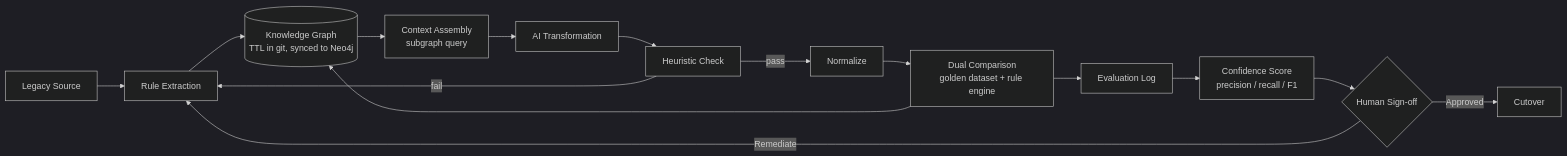
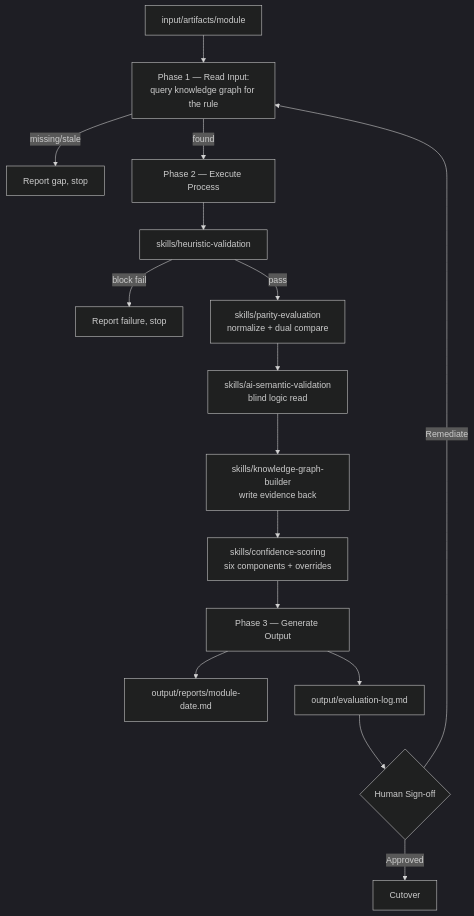
The diagram in README.md (MAY2704/parity_check), drawn with Mermaid (dark theme) before and after one commit. The commit also changed other lines of this file and 42 other files, not shown here.

````diff
--- a/README.md
+++ b/README.md
@@ -7,17 +7,18 @@
 ```mermaid
-flowchart LR
-    A[Legacy Source] --> B[Rule Extraction]
-    B --> C[(Knowledge Graph<br/>TTL in git, synced to Neo4j)]
-    C --> D[Context Assembly<br/>subgraph query]
-    D --> E[AI Transformation]
-    E --> F[Heuristic Check]
-    F -->|fail| B
-    F -->|pass| G[Normalize]
-    G --> H[Dual Comparison<br/>golden dataset + rule engine]
-    H --> C
-    H --> I[Evaluation Log]
-    I --> J[Confidence Score<br/>precision / recall / F1]
-    J --> K{Human Sign-off}
-    K -->|Approved| L[Cutover]
-    K -->|Remediate| B
+flowchart TD
+    A[input/artifacts/module] --> B["Phase 1 — Read Input:<br/>query knowledge graph for the rule"]
+    B -->|missing/stale| STOP1[Report gap, stop]
+    B -->|found| C["Phase 2 — Execute Process"]
+    C --> D[skills/heuristic-validation]
+    D -->|block fail| STOP2[Report failure, stop]
+    D -->|pass| E[skills/parity-evaluation<br/>normalize + dual compare]
+    E --> F[skills/ai-semantic-validation<br/>blind logic read]
+    F --> G[skills/knowledge-graph-builder<br/>write evidence back]
+    G --> H[skills/confidence-scoring<br/>six components + overrides]
+    H --> I["Phase 3 — Generate Output"]
+    I --> J[output/reports/module-date.md]
+    I --> K[output/evaluation-log.md]
+    K --> L{Human Sign-off}
+    L -->|Approved| M[Cutover]
+    L -->|Remediate| B
 ```
````
